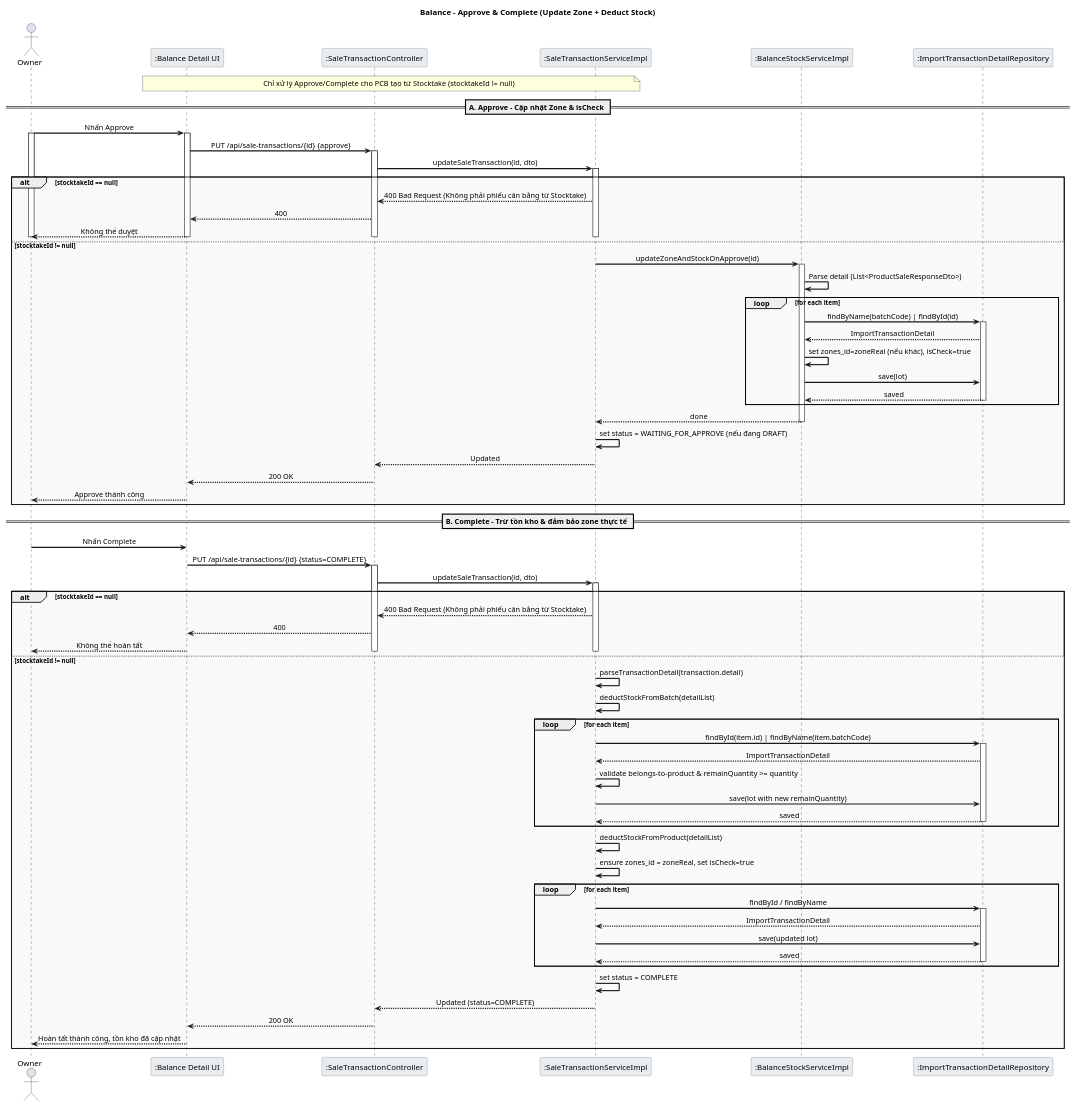
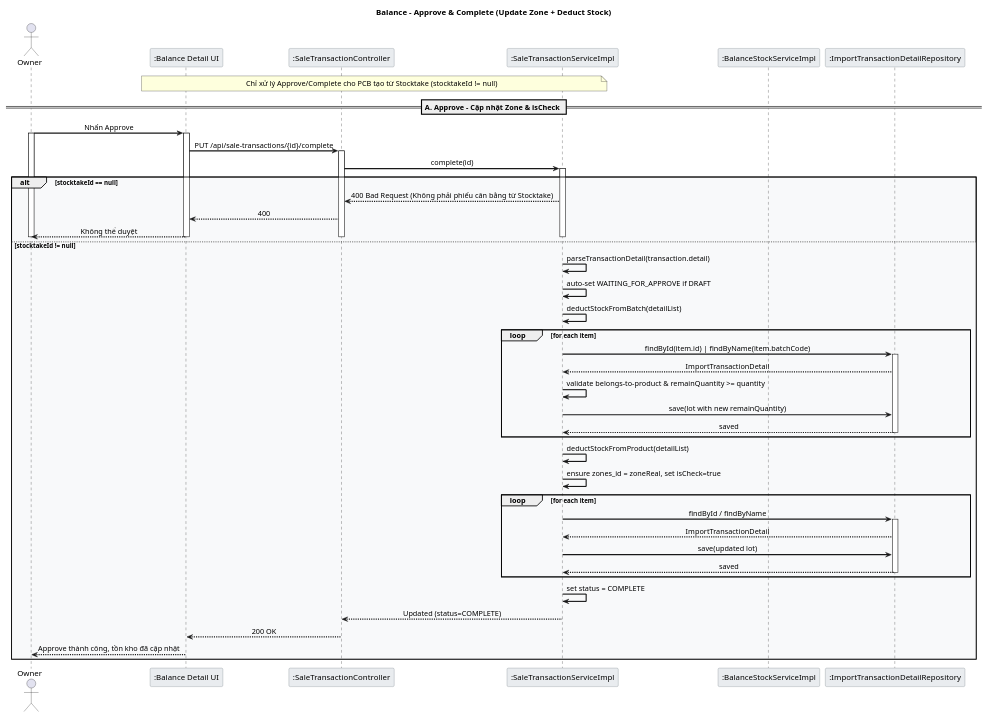
One commit to LamVNT/Farmovo changed the diagram in Balance_Approve_Complete_Sequence.puml. Above: the diagram before and after it, drawn with PlantUML. The commit also changed 13 other files, not shown here.

```diff
--- a/Balance_Approve_Complete_Sequence.puml
+++ b/Balance_Approve_Complete_Sequence.puml
@@ -1,109 +1,73 @@
 @startuml Balance_Approve_Complete_Sequence
 
 skinparam backgroundColor white
 skinparam sequenceArrowThickness 2
 skinparam sequenceMessageAlign center
 skinparam sequenceGroupBodyBackgroundColor #F8F9FA
 skinparam sequenceParticipantBorderColor #6C757D
 skinparam sequenceParticipantBackgroundColor #E9ECEF
 skinparam sequenceLifeLineStroke dash
 
 title Balance – Approve & Complete (Update Zone + Deduct Stock)
 
 actor Owner
 participant ":Balance Detail UI" as DetailUI
 participant ":SaleTransactionController" as SaleController
 participant ":SaleTransactionServiceImpl" as SaleService
 participant ":BalanceStockServiceImpl" as BalanceService
 participant ":ImportTransactionDetailRepository" as ImportDetailRepo
 
 note over DetailUI,SaleService: Chỉ xử lý Approve/Complete cho PCB tạo từ Stocktake (stocktakeId != null)
 
 == A. Approve – Cập nhật Zone & isCheck ==
 Owner -> DetailUI: Nhấn Approve
 activate Owner
 activate DetailUI
-DetailUI -> SaleController: PUT /api/sale-transactions/{id} {approve}
+DetailUI -> SaleController: PUT /api/sale-transactions/{id}/complete
 activate SaleController
-SaleController -> SaleService: updateSaleTransaction(id, dto)
+SaleController -> SaleService: complete(id)
 activate SaleService
 
 alt stocktakeId == null
   SaleService --> SaleController: 400 Bad Request (Không phải phiếu cân bằng từ Stocktake)
   SaleController --> DetailUI: 400
   DetailUI --> Owner: Không thể duyệt
   deactivate SaleService
   deactivate SaleController
   deactivate DetailUI
   deactivate Owner
 else stocktakeId != null
-  SaleService -> BalanceService: updateZoneAndStockOnApprove(id)
-  activate BalanceService
-  BalanceService -> BalanceService: Parse detail (List<ProductSaleResponseDto>)
-  loop for each item
-    BalanceService -> ImportDetailRepo: findByName(batchCode) | findById(id)
-    activate ImportDetailRepo
-    ImportDetailRepo --> BalanceService: ImportTransactionDetail
-    BalanceService -> BalanceService: set zones_id=zoneReal (nếu khác), isCheck=true
-    BalanceService -> ImportDetailRepo: save(lot)
-    ImportDetailRepo --> BalanceService: saved
-    deactivate ImportDetailRepo
-  end
-  BalanceService --> SaleService: done
-  deactivate BalanceService
-  SaleService -> SaleService: set status = WAITING_FOR_APPROVE (nếu đang DRAFT)
-  SaleService --> SaleController: Updated
-  deactivate SaleService
-  SaleController --> DetailUI: 200 OK
-  deactivate SaleController
-  DetailUI --> Owner: Approve thành công
-end
-
-== B. Complete – Trừ tồn kho & đảm bảo zone thực tế ==
-Owner -> DetailUI: Nhấn Complete
-DetailUI -> SaleController: PUT /api/sale-transactions/{id} {status=COMPLETE}
-activate SaleController
-SaleController -> SaleService: updateSaleTransaction(id, dto)
-activate SaleService
-
-alt stocktakeId == null
-  SaleService --> SaleController: 400 Bad Request (Không phải phiếu cân bằng từ Stocktake)
-  SaleController --> DetailUI: 400
-  DetailUI --> Owner: Không thể hoàn tất
-  deactivate SaleService
-  deactivate SaleController
-else stocktakeId != null
   SaleService -> SaleService: parseTransactionDetail(transaction.detail)
+  SaleService -> SaleService: auto-set WAITING_FOR_APPROVE if DRAFT
   SaleService -> SaleService: deductStockFromBatch(detailList)
   loop for each item
     SaleService -> ImportDetailRepo: findById(item.id) | findByName(item.batchCode)
     activate ImportDetailRepo
     ImportDetailRepo --> SaleService: ImportTransactionDetail
     SaleService -> SaleService: validate belongs-to-product & remainQuantity >= quantity
     SaleService -> ImportDetailRepo: save(lot with new remainQuantity)
     ImportDetailRepo --> SaleService: saved
     deactivate ImportDetailRepo
   end
   SaleService -> SaleService: deductStockFromProduct(detailList)
-
   SaleService -> SaleService: ensure zones_id = zoneReal, set isCheck=true
   loop for each item
     SaleService -> ImportDetailRepo: findById / findByName
     activate ImportDetailRepo
     ImportDetailRepo --> SaleService: ImportTransactionDetail
     SaleService -> ImportDetailRepo: save(updated lot)
     ImportDetailRepo --> SaleService: saved
     deactivate ImportDetailRepo
   end
   SaleService -> SaleService: set status = COMPLETE
   SaleService --> SaleController: Updated (status=COMPLETE)
   deactivate SaleService
   SaleController --> DetailUI: 200 OK
   deactivate SaleController
-  DetailUI --> Owner: Hoàn tất thành công, tồn kho đã cập nhật
+  DetailUI --> Owner: Approve thành công, tồn kho đã cập nhật
 end
-
+activate Owner
 deactivate DetailUI
 deactivate Owner
 
 @enduml 
```
